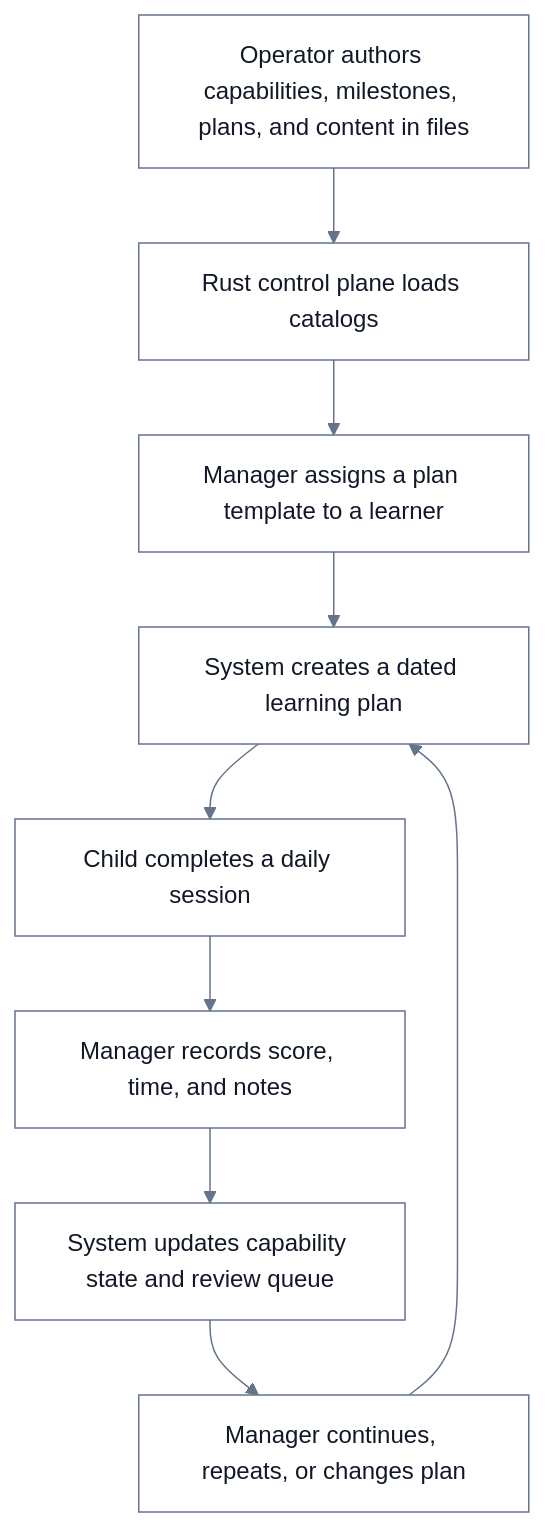
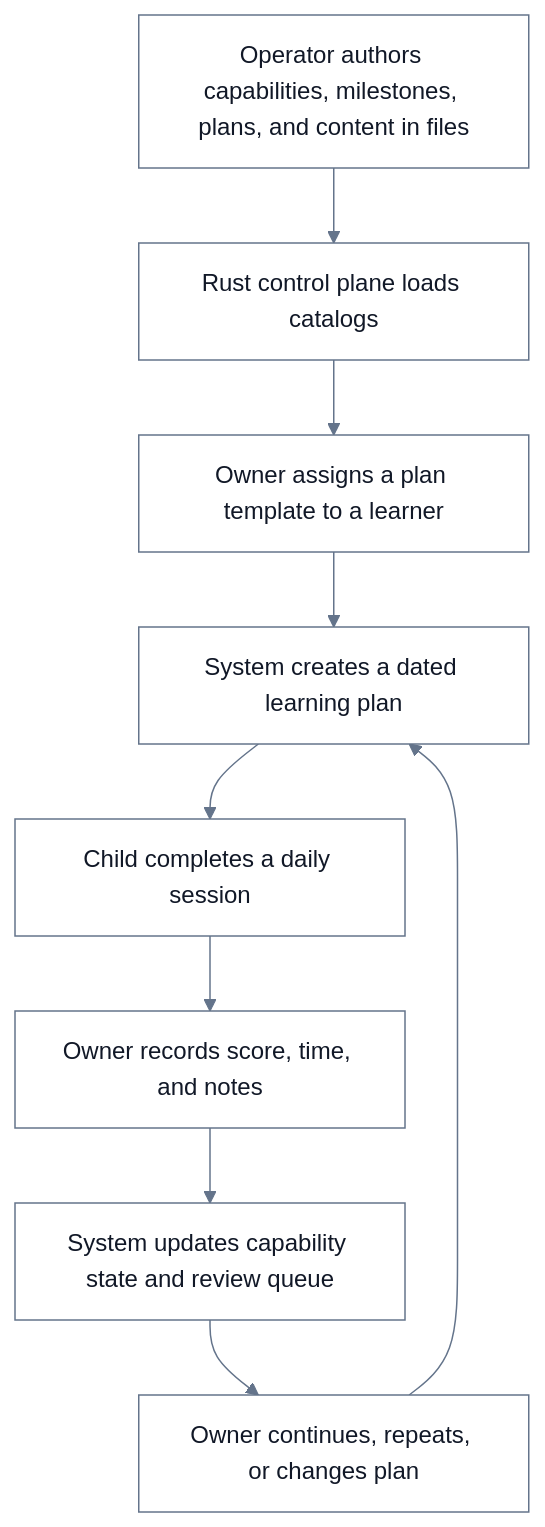
Before and after one commit to ajithjos/joseph-academy: the first of 2 diagrams in docs/architecture/learning-product-definition.md, drawn with Mermaid. The commit also changed other lines of this file and 90 other files, not shown here.

````diff
--- a/docs/architecture/learning-product-definition.md
+++ b/docs/architecture/learning-product-definition.md
@@ -420,15 +409,15 @@
 ```mermaid
 %%{init: {'theme': 'base', 'themeVariables': { 'background': '#ffffff', 'primaryColor': '#ffffff', 'primaryTextColor': '#111827', 'primaryBorderColor': '#64748b', 'lineColor': '#64748b', 'secondaryColor': '#f8fafc', 'tertiaryColor': '#f8fafc', 'fontFamily': 'Inter, ui-sans-serif, system-ui, sans-serif' }}}%%
 flowchart TD
   author[Operator authors capabilities, milestones, plans, and content in files] --> load[Rust control plane loads catalogs]
-  load --> assign[Manager assigns a plan template to a learner]
+  load --> assign[Owner assigns a plan template to a learner]
   assign --> instantiate[System creates a dated learning plan]
   instantiate --> session[Child completes a daily session]
-  session --> record[Manager records score, time, and notes]
+  session --> record[Owner records score, time, and notes]
   record --> review[System updates capability state and review queue]
-  review --> next[Manager continues, repeats, or changes plan]
+  review --> next[Owner continues, repeats, or changes plan]
   next --> instantiate
 
   classDef default fill:#ffffff,stroke:#64748b,color:#111827
   linkStyle default stroke:#64748b
 ```
````
